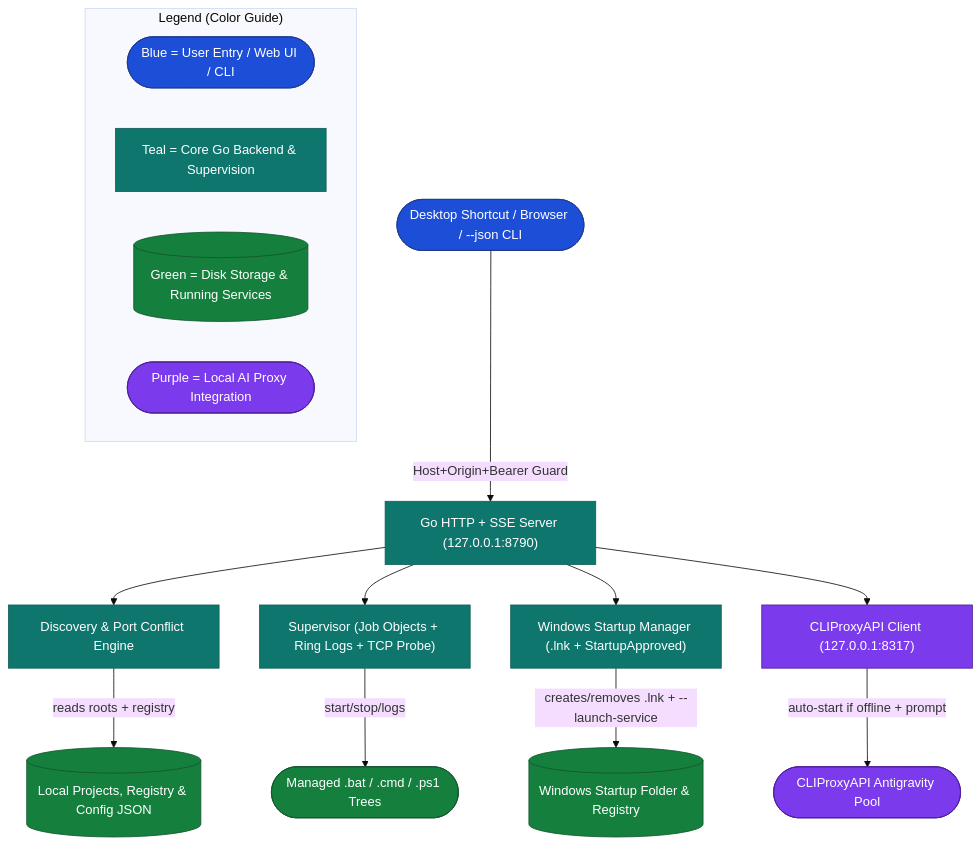
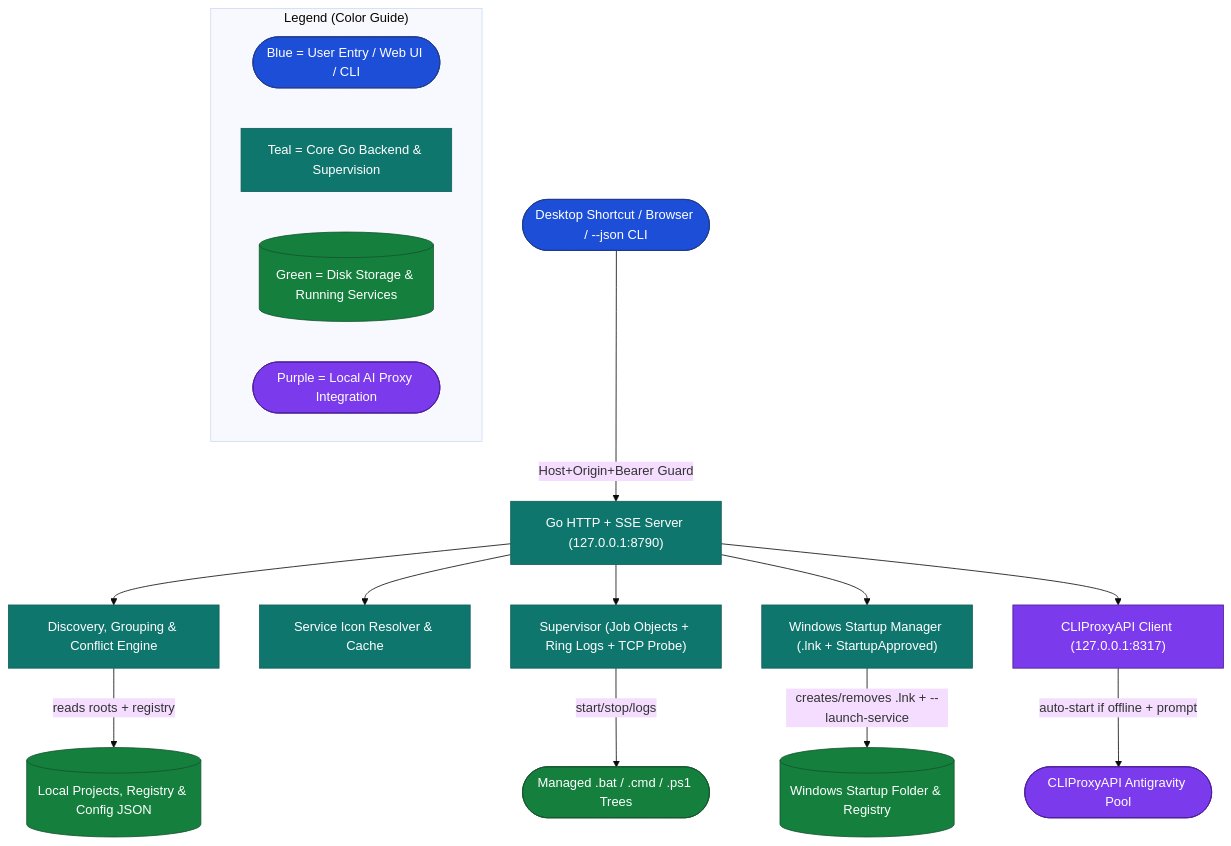
One commit to Mostakim2005/server-manager changed the first of 5 diagrams in docs/ARCHITECTURE.md. Above: the diagram before and after it, drawn with Mermaid (base theme). The commit also changed other lines of this file and 17 other files, not shown here.

Commit message:
feat: fix search padding, add service icons, and group multi-script cards

````diff
--- a/docs/ARCHITECTURE.md
+++ b/docs/ARCHITECTURE.md
@@ -7,25 +7,26 @@
 ```mermaid
 flowchart TB
     classDef startNode fill:#1d4ed8,stroke:#1e3a8a,color:#ffffff
     classDef processNode fill:#0f766e,stroke:#115e59,color:#ffffff
     classDef outputNode fill:#15803d,stroke:#14532d,color:#ffffff
     classDef aiNode fill:#7c3aed,stroke:#4c1d95,color:#ffffff
 
     User(["Desktop Shortcut / Browser / --json CLI"]):::startNode -->|Host+Origin+Bearer Guard| API["Go HTTP + SSE Server (127.0.0.1:8790)"]:::processNode
-    API --> Disc["Discovery & Port Conflict Engine"]:::processNode
+    API --> Disc["Discovery, Grouping & Conflict Engine"]:::processNode
+    API --> Icons["Service Icon Resolver & Cache"]:::processNode
     API --> Sup["Supervisor (Job Objects + Ring Logs + TCP Probe)"]:::processNode
     API --> Boot["Windows Startup Manager (.lnk + StartupApproved)"]:::processNode
     API --> AI["CLIProxyAPI Client (127.0.0.1:8317)"]:::aiNode
 
     Disc -->|reads roots + registry| FS[("Local Projects, Registry & Config JSON")]:::outputNode
     Sup -->|start/stop/logs| Proc(["Managed .bat / .cmd / .ps1 Trees"]):::outputNode
     Boot -->|creates/removes .lnk + --launch-service| StartupDir[("Windows Startup Folder & Registry")]:::outputNode
     AI -->|auto-start if offline + prompt| Proxy(["CLIProxyAPI Antigravity Pool"]):::aiNode
 
     subgraph Legend["Legend (Color Guide)"]
         L1(["Blue = User Entry / Web UI / CLI"]):::startNode
         L2["Teal = Core Go Backend & Supervision"]:::processNode
         L3[("Green = Disk Storage & Running Services")]:::outputNode
         L4(["Purple = Local AI Proxy Integration"]):::aiNode
     end
 ```
````
